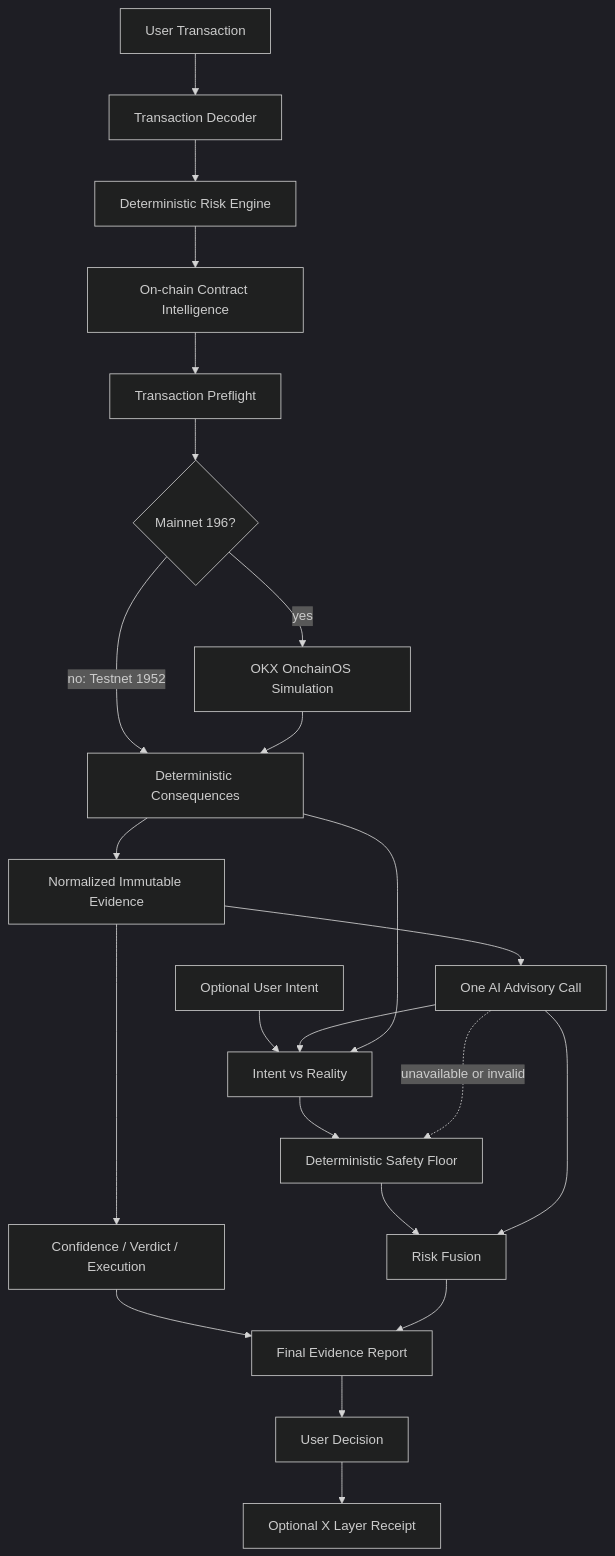
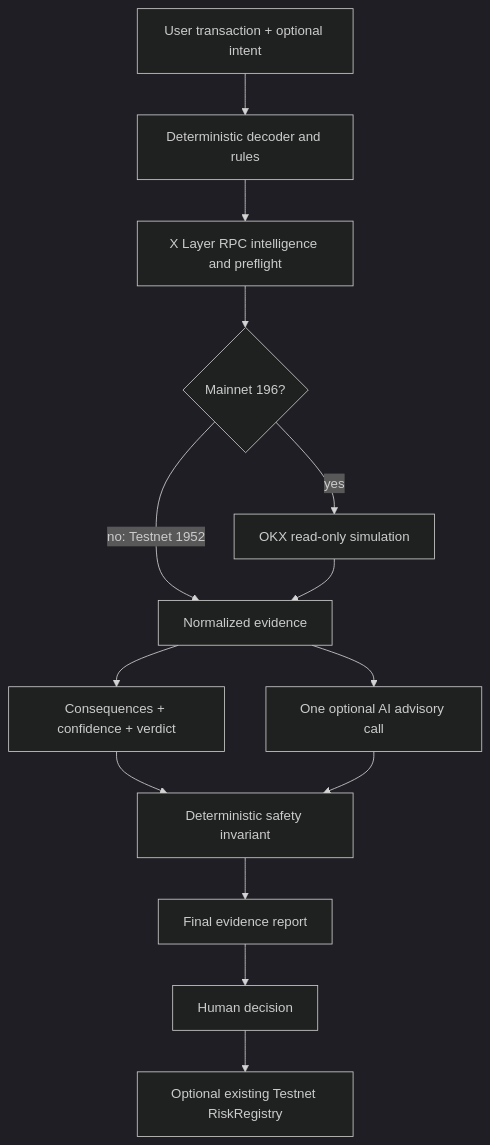
The diagram in README.md (leafwithered/xguard-ai), drawn with Mermaid (dark theme) before and after one commit. The commit also changed other lines of this file and 15 other files, not shown here.

````diff
--- a/README.md
+++ b/README.md
@@ -116,25 +66,16 @@
 ```mermaid
 flowchart TD
-    U[User Transaction] --> D[Transaction Decoder]
-    D --> L[Deterministic Risk Engine]
-    L --> CI[On-chain Contract Intelligence]
-    CI --> P[Transaction Preflight]
-    P --> O{Mainnet 196?}
-    O -->|yes| X[OKX OnchainOS Simulation]
-    O -->|no: Testnet 1952| C[Deterministic Consequences]
-    X --> C
-    C --> E[Normalized Immutable Evidence]
-    E --> V[Confidence / Verdict / Execution]
-    E --> A[One AI Advisory Call]
-    I[Optional User Intent] --> M[Intent vs Reality]
-    A --> M
-    C --> M
-    M --> S[Deterministic Safety Floor]
-    S --> F[Risk Fusion]
+    U[User transaction + optional intent] --> D[Deterministic decoder and rules]
+    D --> R[X Layer RPC intelligence and preflight]
+    R --> O{Mainnet 196?}
+    O -->|yes| S[OKX read-only simulation]
+    O -->|no: Testnet 1952| E[Normalized evidence]
+    S --> E
+    E --> C[Consequences + confidence + verdict]
+    E --> A[One optional AI advisory call]
+    C --> F[Deterministic safety invariant]
     A --> F
-    A -. unavailable or invalid .-> S
-    V --> R[Final Evidence Report]
-    F --> R
-    R --> Q[User Decision]
-    Q --> XR[Optional X Layer Receipt]
+    F --> V[Final evidence report]
+    V --> H[Human decision]
+    H --> Q[Optional existing Testnet RiskRegistry]
 ```
````
